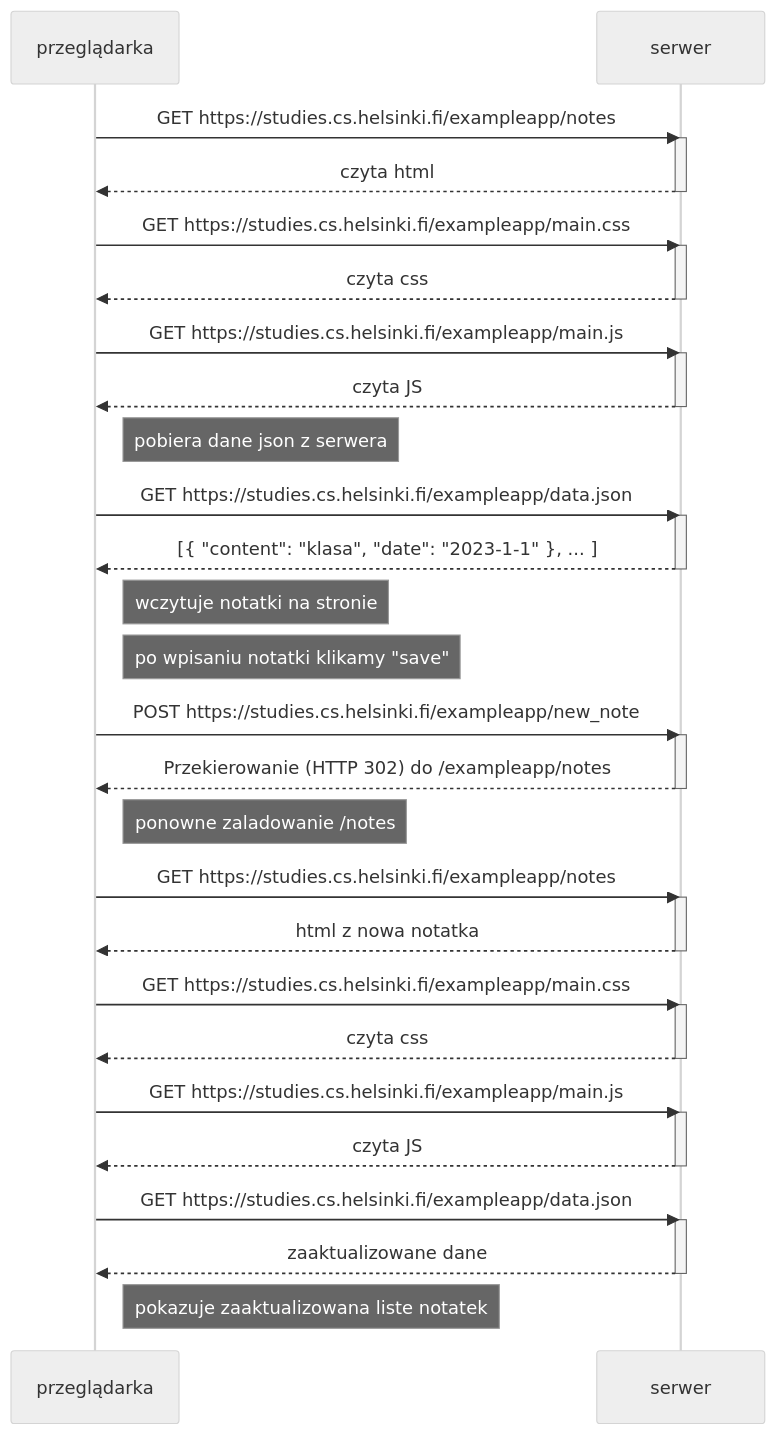
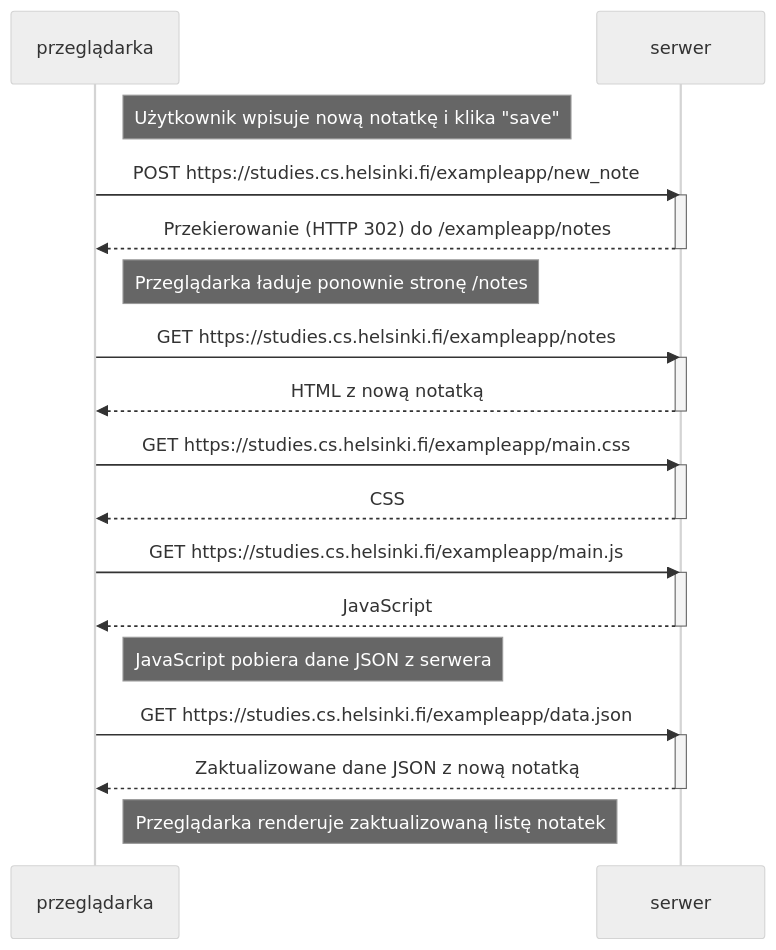
One commit to Layer2843/my-repo changed the diagram in Part0/zad0-4.mmd. Above: the diagram before and after it, drawn with Mermaid (neutral theme).

```diff
--- a/Part0/zad0-4.mmd
+++ b/Part0/zad0-4.mmd
@@ -1,58 +1,36 @@
 sequenceDiagram
     participant przeglądarka
     participant serwer
 
-    przeglądarka->>serwer: GET https://studies.cs.helsinki.fi/exampleapp/notes
-    activate serwer
-    serwer-->>przeglądarka: czyta html
-    deactivate serwer
-
-    przeglądarka->>serwer: GET https://studies.cs.helsinki.fi/exampleapp/main.css
-    activate serwer
-    serwer-->>przeglądarka: czyta css
-    deactivate serwer
-
-    przeglądarka->>serwer: GET https://studies.cs.helsinki.fi/exampleapp/main.js
-    activate serwer
-    serwer-->>przeglądarka: czyta JS
-    deactivate serwer
-
-    Note right of przeglądarka: pobiera dane json z serwera
-
-    przeglądarka->>serwer: GET https://studies.cs.helsinki.fi/exampleapp/data.json
-    activate serwer
-    serwer-->>przeglądarka: [{ "content": "klasa", "date": "2023-1-1" }, ... ]
-    deactivate serwer
-
-    Note right of przeglądarka: wczytuje notatki na stronie
-
-    Note right of przeglądarka: po wpisaniu notatki klikamy "save"
+    Note right of przeglądarka: Użytkownik wpisuje nową notatkę i klika "save"
 
     przeglądarka->>serwer: POST https://studies.cs.helsinki.fi/exampleapp/new_note
     activate serwer
     serwer-->>przeglądarka: Przekierowanie (HTTP 302) do /exampleapp/notes
     deactivate serwer
 
-    Note right of przeglądarka: ponowne zaladowanie /notes
+    Note right of przeglądarka: Przeglądarka ładuje ponownie stronę /notes
 
     przeglądarka->>serwer: GET https://studies.cs.helsinki.fi/exampleapp/notes
     activate serwer
-    serwer-->>przeglądarka: html z nowa notatka
+    serwer-->>przeglądarka: HTML z nową notatką
     deactivate serwer
 
     przeglądarka->>serwer: GET https://studies.cs.helsinki.fi/exampleapp/main.css
     activate serwer
-    serwer-->>przeglądarka: czyta css
+    serwer-->>przeglądarka: CSS
     deactivate serwer
 
     przeglądarka->>serwer: GET https://studies.cs.helsinki.fi/exampleapp/main.js
     activate serwer
-    serwer-->>przeglądarka: czyta JS
+    serwer-->>przeglądarka: JavaScript
     deactivate serwer
+
+    Note right of przeglądarka: JavaScript pobiera dane JSON z serwera
 
     przeglądarka->>serwer: GET https://studies.cs.helsinki.fi/exampleapp/data.json
     activate serwer
-    serwer-->>przeglądarka: zaaktualizowane dane
+    serwer-->>przeglądarka: Zaktualizowane dane JSON z nową notatką
     deactivate serwer
 
-    Note right of przeglądarka: pokazuje zaaktualizowana liste notatek
+    Note right of przeglądarka: Przeglądarka renderuje zaktualizowaną listę notatek
```
